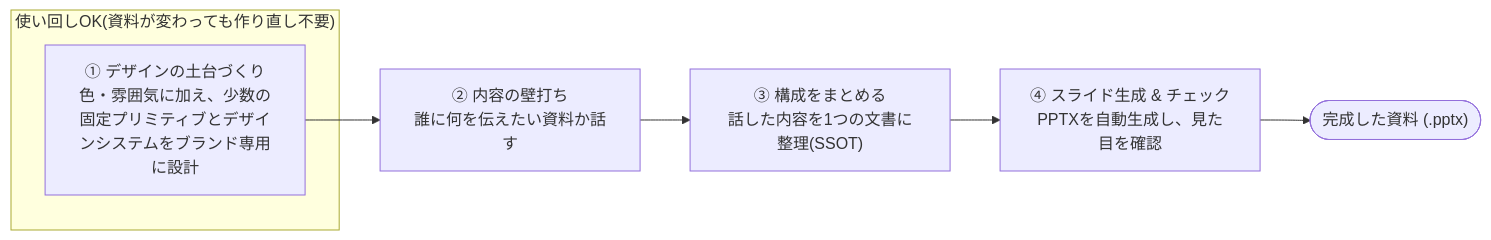
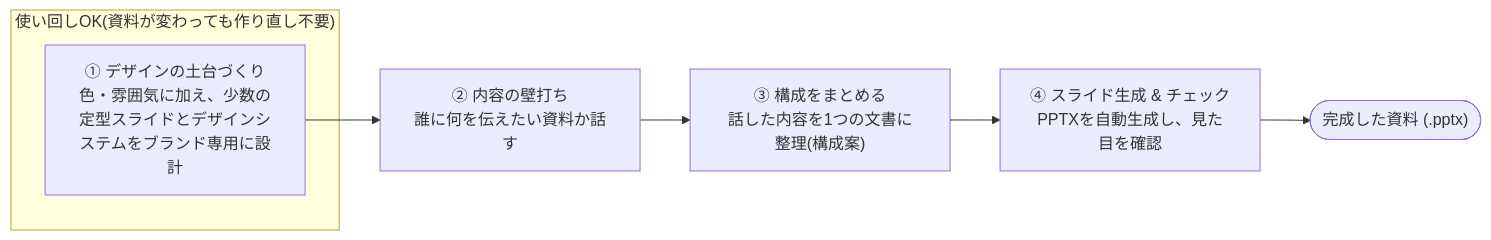
The diagram in README.md (penta-air/pptx-origin), drawn with Mermaid before and after one commit. The commit also changed other lines of this file and 13 other files, not shown here.

````diff
--- a/README.md
+++ b/README.md
@@ -97,12 +97,12 @@
 ```mermaid
 flowchart LR
     subgraph REUSE["使い回しOK(資料が変わっても作り直し不要)"]
-        S1["① デザインの土台づくり<br/>色・雰囲気に加え、少数の固定プリミティブとデザインシステムをブランド専用に設計"]
+        S1["① デザインの土台づくり<br/>色・雰囲気に加え、少数の定型スライドとデザインシステムをブランド専用に設計"]
     end
     S2["② 内容の壁打ち<br/>誰に何を伝えたい資料か話す"]
-    S3["③ 構成をまとめる<br/>話した内容を1つの文書に整理(SSOT)"]
+    S3["③ 構成をまとめる<br/>話した内容を1つの文書に整理(構成案)"]
     S4["④ スライド生成 & チェック<br/>PPTXを自動生成し、見た目を確認"]
     OUT(["完成した資料 (.pptx)"])
 
     S1 --> S2 --> S3 --> S4 --> OUT
 ```
````
